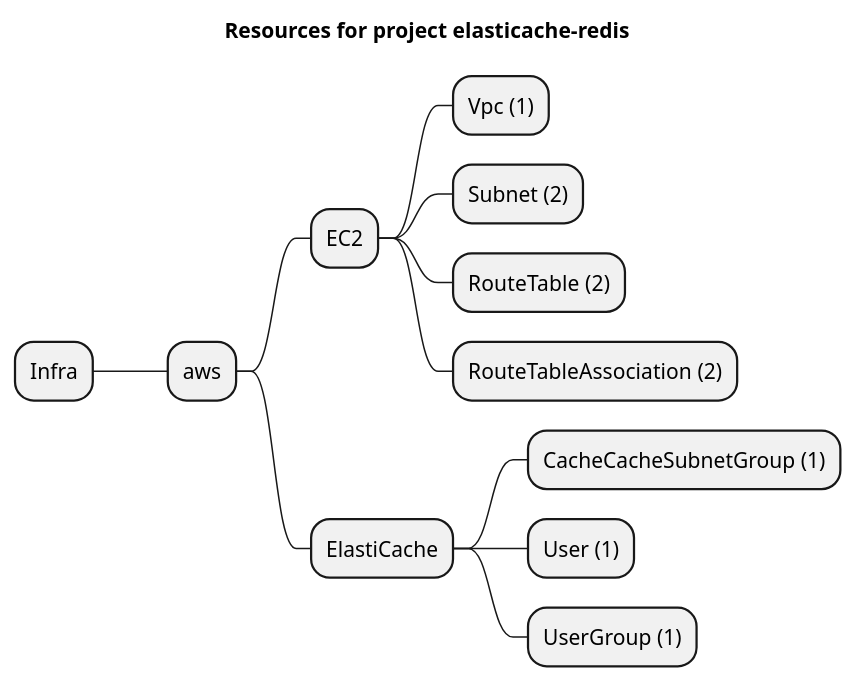
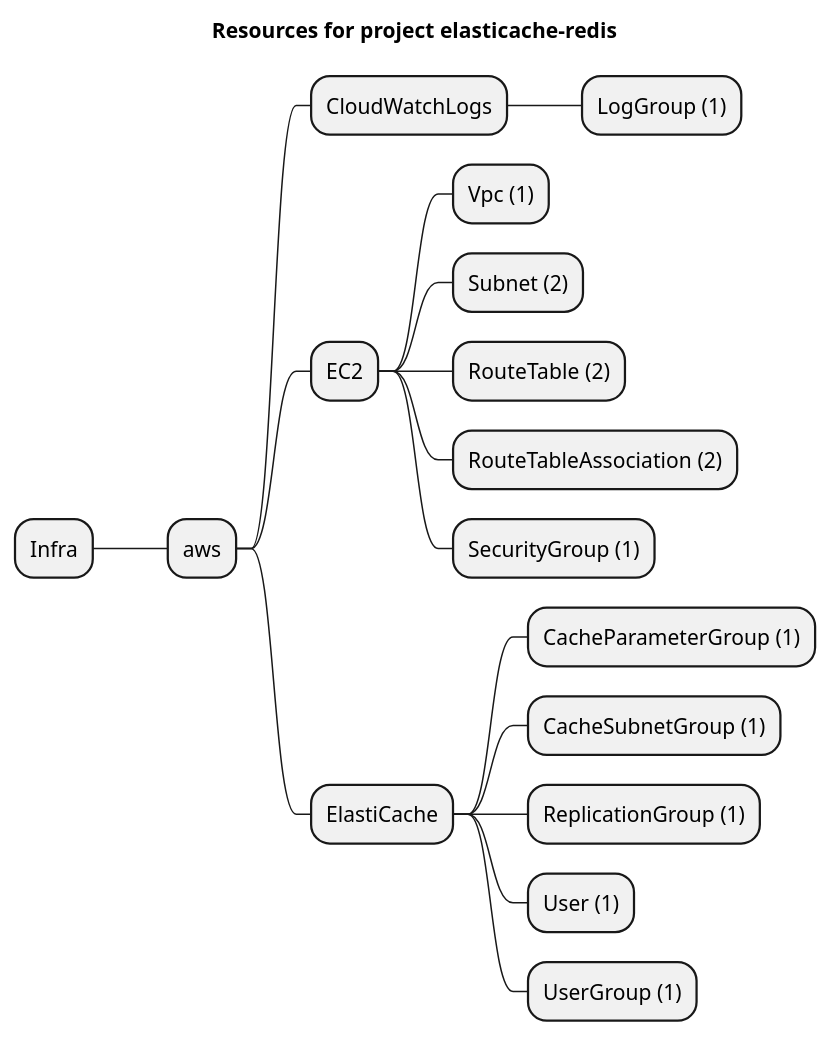
The diagram in examples/aws/ElastiCache/elasticache-redis/artifacts/resources-mindmap.puml (grucloud/grucloud), drawn with PlantUML before and after one commit. The commit also changed 37 other files, not shown here.

```diff
--- a/examples/aws/ElastiCache/elasticache-redis/artifacts/resources-mindmap.puml
+++ b/examples/aws/ElastiCache/elasticache-redis/artifacts/resources-mindmap.puml
@@ -1,15 +1,20 @@
 @startmindmap
 title Resources for project elasticache-redis
 skinparam monochrome true
 + Infra
 ++ aws
++++ CloudWatchLogs
+++++ LogGroup (1)
 +++ EC2
 ++++ Vpc (1)
 ++++ Subnet (2)
 ++++ RouteTable (2)
 ++++ RouteTableAssociation (2)
+++++ SecurityGroup (1)
 +++ ElastiCache
-++++ CacheCacheSubnetGroup (1)
+++++ CacheParameterGroup (1)
+++++ CacheSubnetGroup (1)
+++++ ReplicationGroup (1)
 ++++ User (1)
 ++++ UserGroup (1)
 @endmindmap
```
